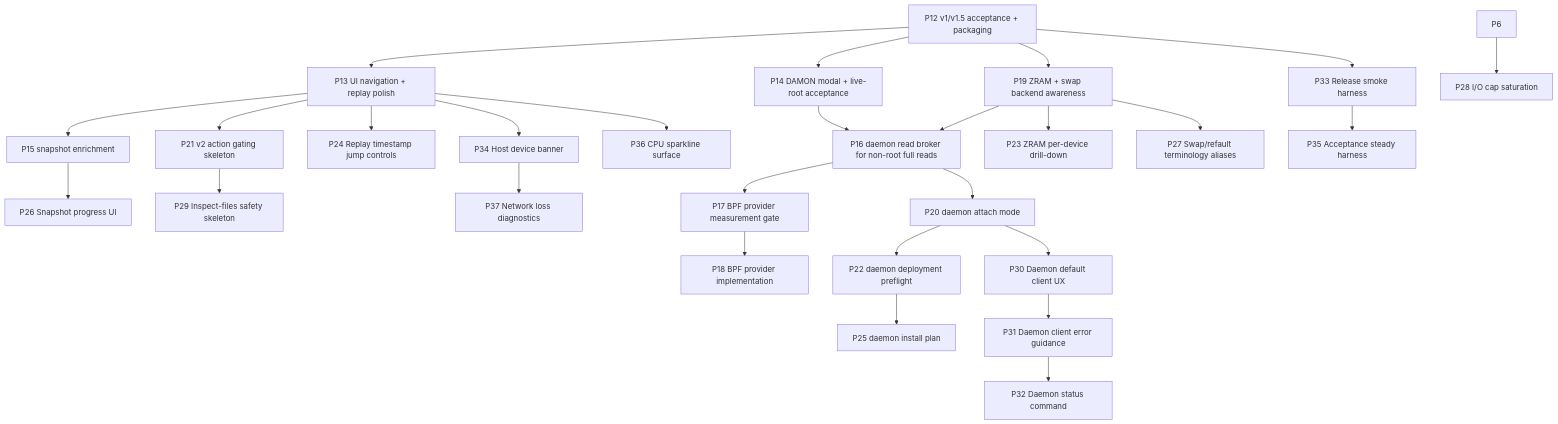
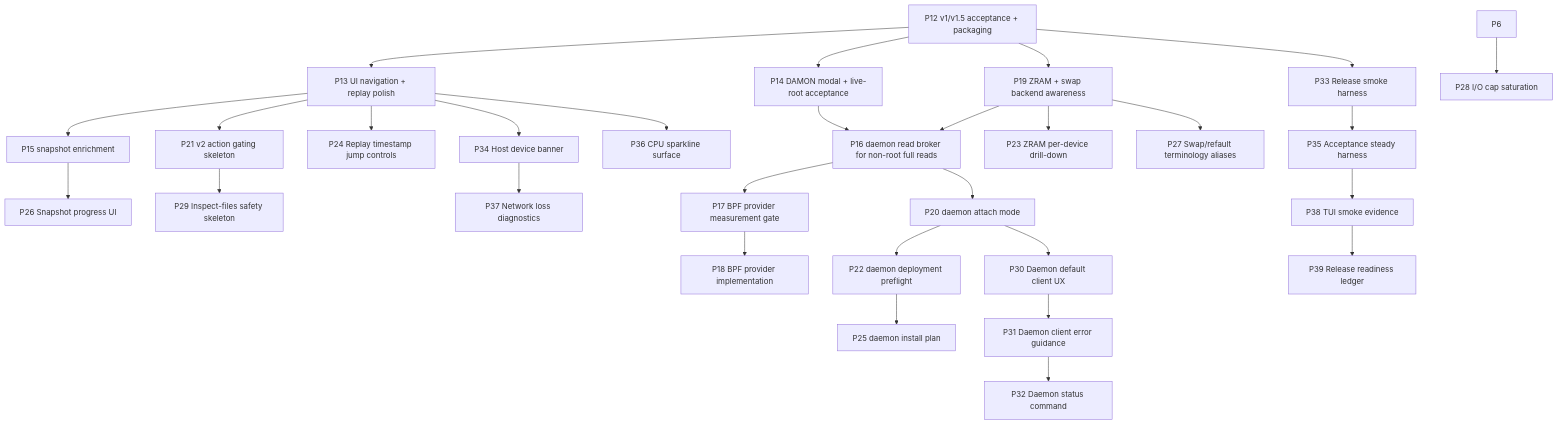
Before and after one commit to volkb79-2/vbpub: the diagram in groop/docs/ROADMAP.md, drawn with Mermaid. The commit also changed other lines of this file and 3 other files, not shown here.

Commit message:
docs(groop): carve P38 P39 release readiness slices

````diff
--- a/groop/docs/ROADMAP.md
+++ b/groop/docs/ROADMAP.md
@@ -27,29 +27,31 @@
 ```mermaid
 flowchart TD
     P12[P12 v1/v1.5 acceptance + packaging] --> P13[P13 UI navigation + replay polish]
     P12 --> P14[P14 DAMON modal + live-root acceptance]
     P13 --> P15[P15 snapshot enrichment]
     P12 --> P19[P19 ZRAM + swap backend awareness]
     P19 --> P16[P16 daemon read broker for non-root full reads]
     P14 --> P16
     P16 --> P17[P17 BPF provider measurement gate]
     P17 --> P18[P18 BPF provider implementation]
     P16 --> P20[P20 daemon attach mode]
     P20 --> P22[P22 daemon deployment preflight]
     P22 --> P25[P25 daemon install plan]
     P13 --> P21[P21 v2 action gating skeleton]
     P19 --> P23[P23 ZRAM per-device drill-down]
     P13 --> P24[P24 Replay timestamp jump controls]
     P15 --> P26[P26 Snapshot progress UI]
     P19 --> P27[P27 Swap/refault terminology aliases]
     P6 --> P28[P28 I/O cap saturation]
     P21 --> P29[P29 Inspect-files safety skeleton]
     P20 --> P30[P30 Daemon default client UX]
     P30 --> P31[P31 Daemon client error guidance]
     P31 --> P32[P32 Daemon status command]
     P12 --> P33[P33 Release smoke harness]
     P33 --> P35[P35 Acceptance steady harness]
     P13 --> P34[P34 Host device banner]
     P13 --> P36[P36 CPU sparkline surface]
     P34 --> P37[P37 Network loss diagnostics]
+    P35 --> P38[P38 TUI smoke evidence]
+    P38 --> P39[P39 Release readiness ledger]
 ```
````
